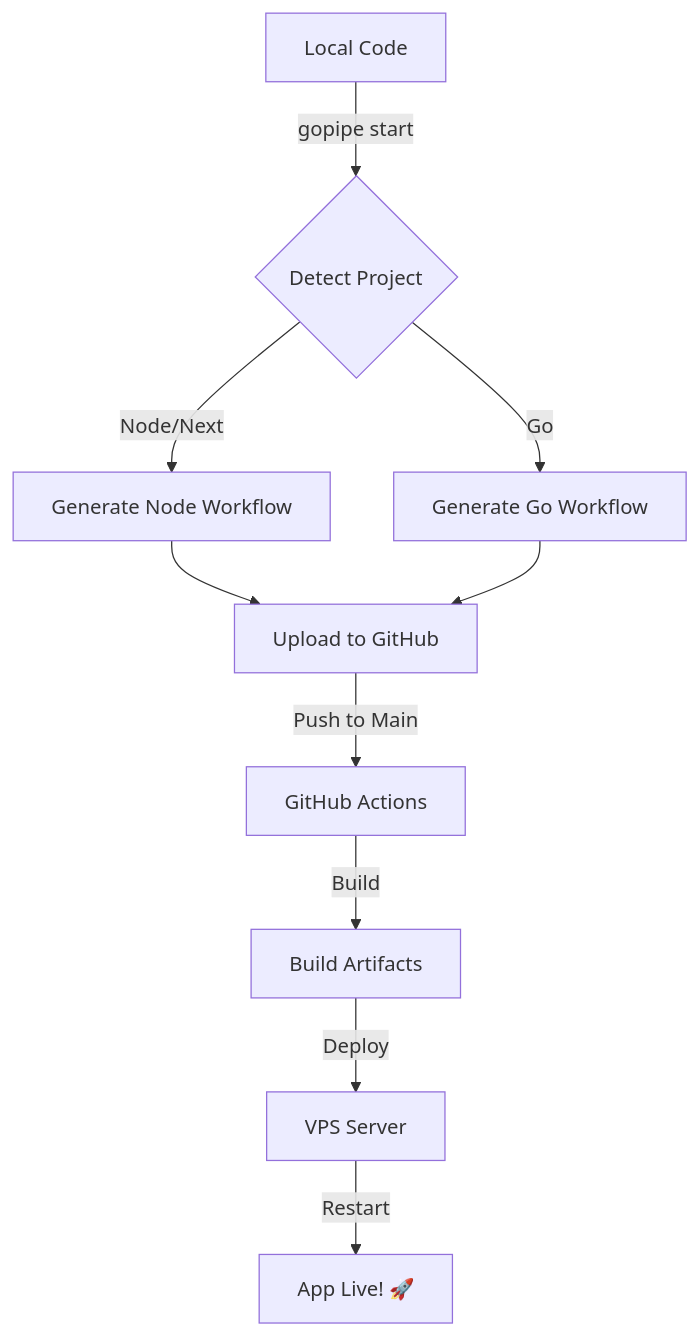
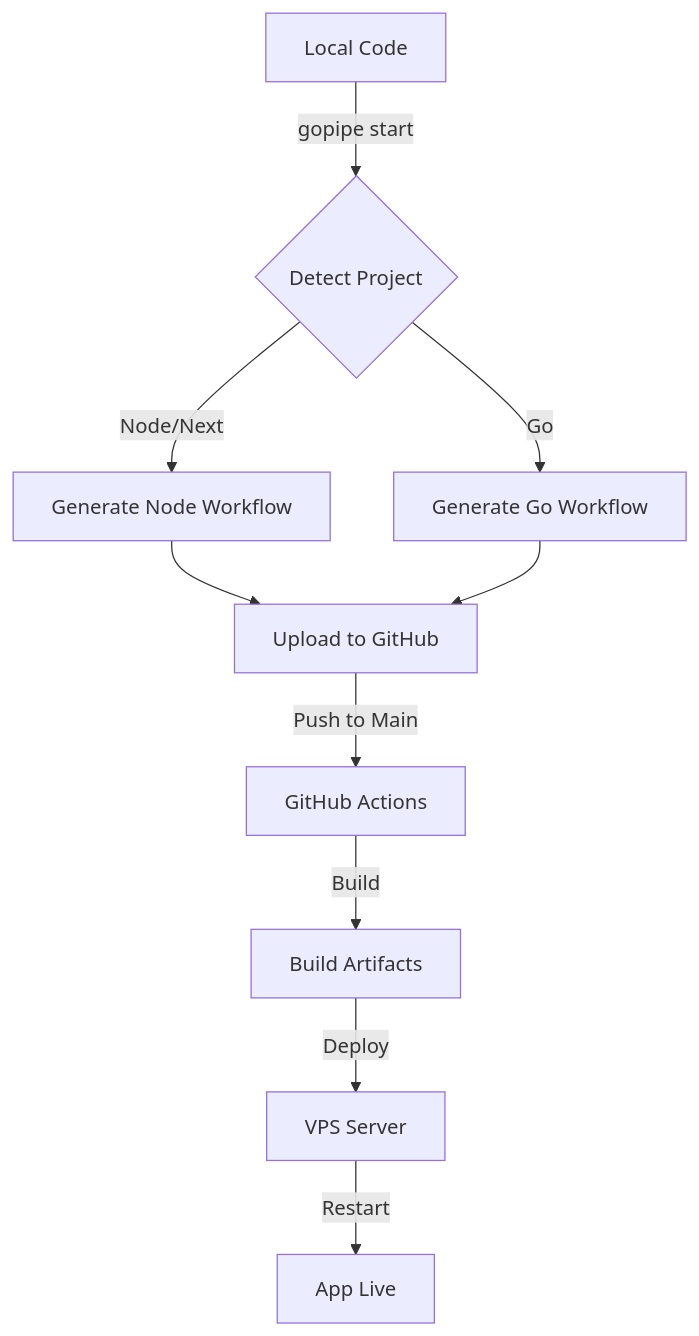
One commit to RayhanDitaAdam/GoPipe changed the diagram in README.md. Above: the diagram before and after it, drawn with Mermaid. The commit also changed other lines of this file and 4 other files, not shown here.

````diff
--- a/README.md
+++ b/README.md
@@ -19,12 +19,12 @@
 ```mermaid
 graph TD
     A[Local Code] -->|gopipe start| B{Detect Project}
     B -->|Node/Next| C[Generate Node Workflow]
     B -->|Go| D[Generate Go Workflow]
     C --> E[Upload to GitHub]
     D --> E
     E -->|Push to Main| F[GitHub Actions]
     F -->|Build| G[Build Artifacts]
     G -->|Deploy| H[VPS Server]
-    H -->|Restart| I[App Live! 🚀]
+    H -->|Restart| I[App Live]
 ```
````
